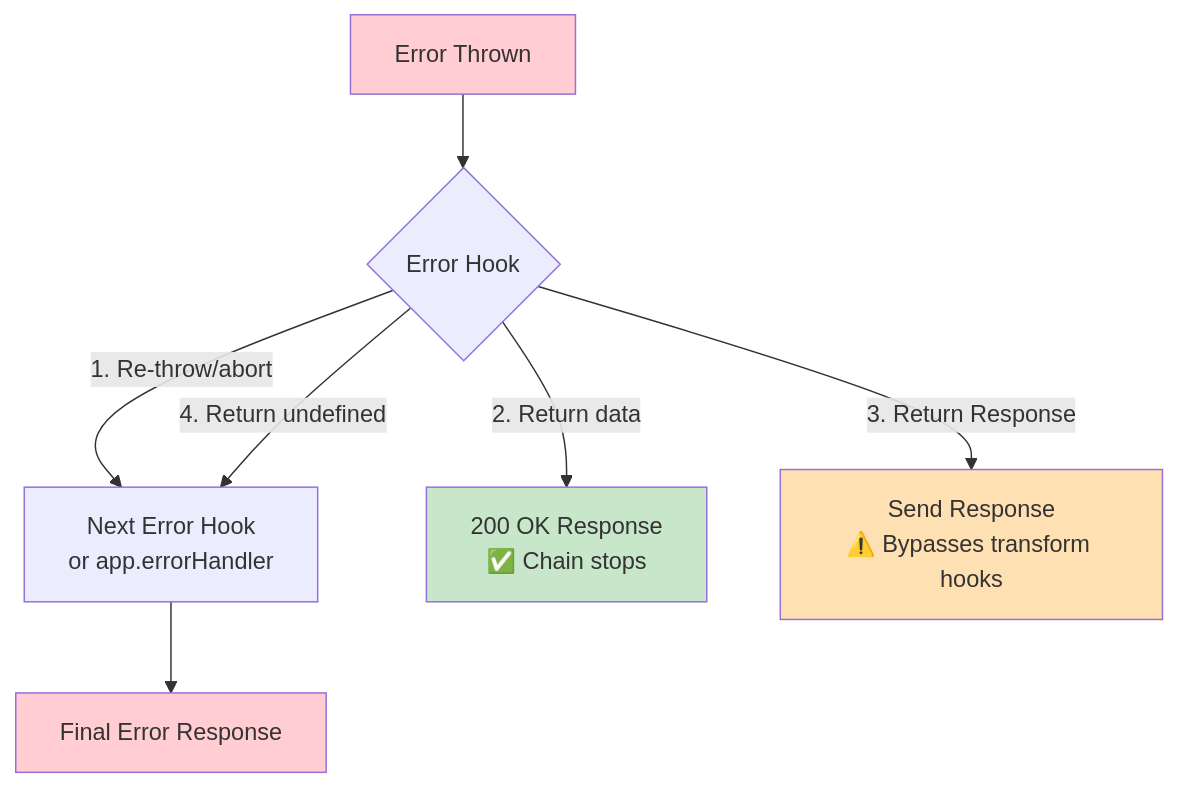
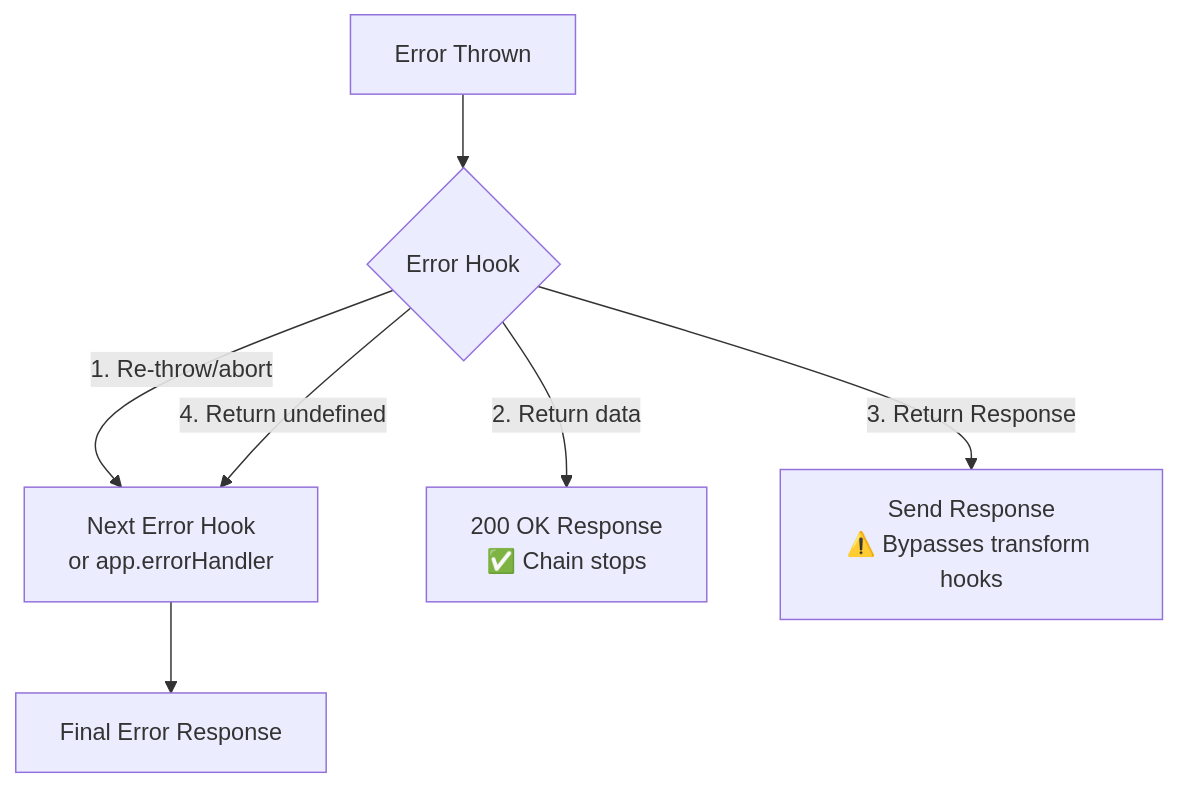
The diagram in docs/guides/diagrams/error-hook-outcomes.md (minima-js/minimajs), drawn with Mermaid before and after one commit. The commit also changed 19 other files, not shown here.

````diff
--- a/docs/guides/diagrams/error-hook-outcomes.md
+++ b/docs/guides/diagrams/error-hook-outcomes.md
@@ -1,16 +1,18 @@
 ```mermaid
 graph TB
     Start[Error Thrown] --> Hook{Error Hook}
 
     Hook -->|1. Re-throw/abort| NextHook[Next Error Hook<br/>or app.errorHandler]
     Hook -->|2. Return data| Success[200 OK Response<br/>✅ Chain stops]
     Hook -->|3. Return Response| Direct[Send Response<br/>⚠️ Bypasses transform hooks]
     Hook -->|4. Return undefined| NextHook
 
     NextHook --> Final[Final Error Response]
 
-    style Start fill:#ffcdd2
-    style Success fill:#c8e6c9
-    style Direct fill:#ffe0b2
-    style Final fill:#ffcdd2
+    class Start,Final danger
+    class Hook accent
+    class NextHook neutral
+    class Success success
+    class Direct warn
+
 ```
````
